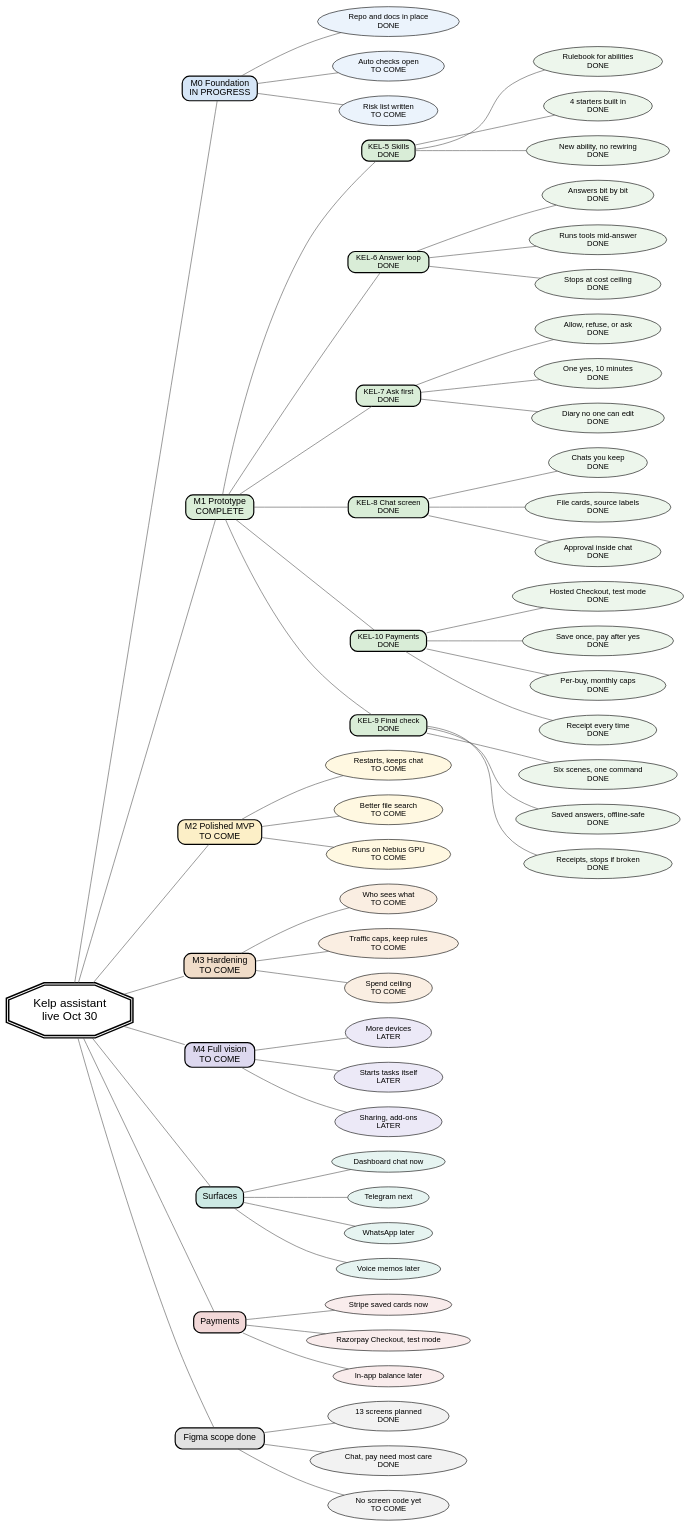
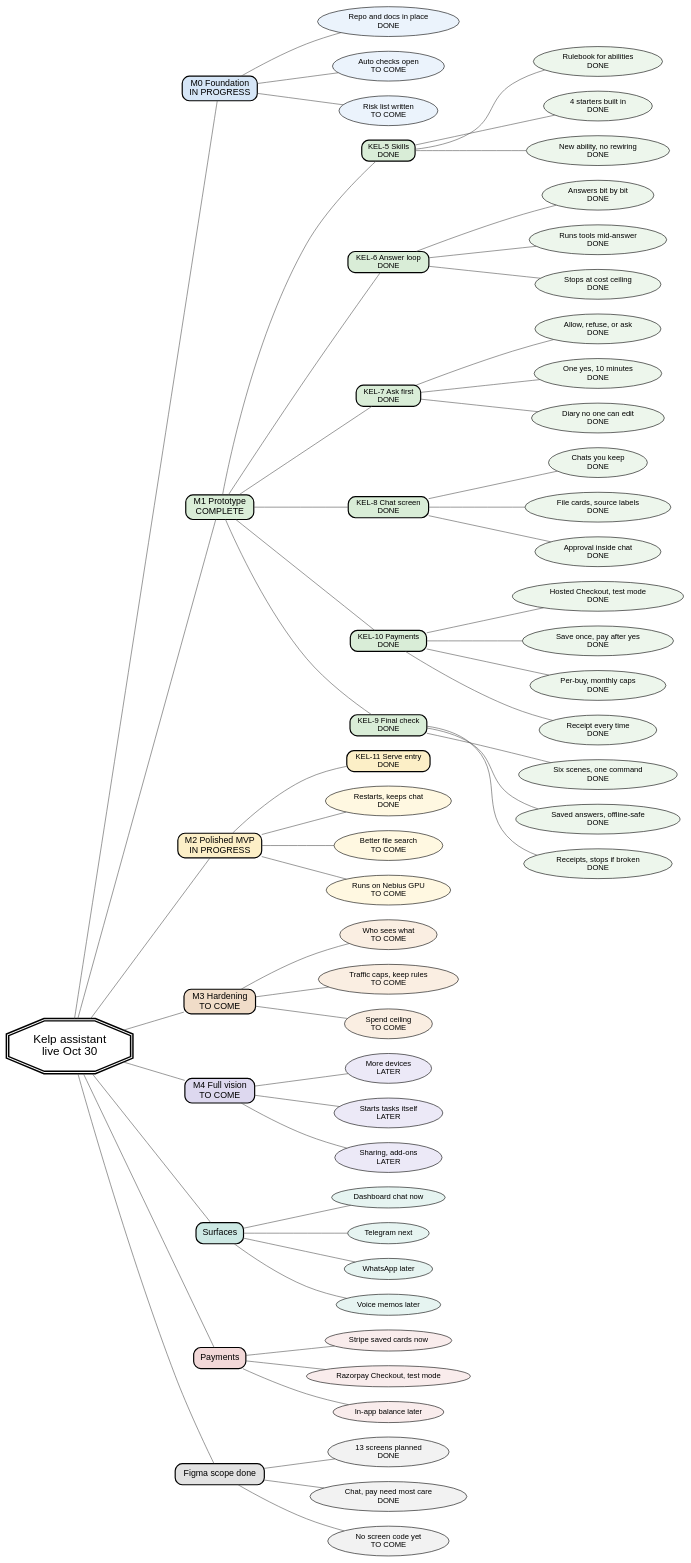
One commit to Anshieee/kelp changed the diagram in docs/sdlc-mindmap.gv. Above: the diagram before and after it, drawn with Graphviz. The commit also changed 4 other files, not shown here.

```diff
--- a/docs/sdlc-mindmap.gv
+++ b/docs/sdlc-mindmap.gv
@@ -1,164 +1,168 @@
 // Kelp assistant SDLC mindmap (KEL-numbered).
 // One central node, one idea per branch, plain words.
 // Render: dot -Tsvg docs/sdlc-mindmap.gv -o docs/sdlc-mindmap.svg
 //         dot -Tpng docs/sdlc-mindmap.gv -o docs/sdlc-mindmap.png
 // Colours: white background, small muted fills per branch, black text.
 // Meaning is carried by words, never by colour alone. No emojis.
 // Status words: DONE, COMPLETE, IN PROGRESS, TO COME, LATER.
 // DONE is a work item finished. COMPLETE is a milestone whose work items are all done.
 // Interactivity: every node has URL (page anchor) + tooltip (one plain line),
 // so dot emits <a href> links and <title> tooltips in the SVG.
 digraph sdlc {
   bgcolor="white";
   rankdir="LR";
   splines="true";
   overlap="false";
   nodesep="0.35";
   ranksep="1.0";
   node [fontname="Helvetica" fontsize="13" color="black" fontcolor="black" fillcolor="white" style="filled,rounded"];
   edge [color="#555555" arrowhead="none"];
 
   // Central node
   center [label="Kelp assistant\nlive Oct 30" shape="doubleoctagon" style="filled,bold" fontsize="20" penwidth="2.5" width="2.3" height="1.2" fillcolor="white" URL="#top" tooltip="Private assistant you talk to from a dashboard. Target live Oct 30."];
 
   // Main branches
   m0   [label="M0 Foundation\nIN PROGRESS" shape="box" style="filled,bold,rounded" fontsize="15" penwidth="2" fillcolor="#D6E6F7" URL="#m0" tooltip="Stage 0: shared code, docs, checks, risk list. In progress."];
   m1   [label="M1 Prototype\nCOMPLETE" shape="box" style="filled,bold,rounded" fontsize="15" penwidth="2" fillcolor="#D9EDD7" URL="#m1" tooltip="Stage 1: ask, answer, approve, pay, demo. Every work item done."];
-  m2   [label="M2 Polished MVP\nTO COME" shape="box" style="filled,bold,rounded" fontsize="15" penwidth="2" fillcolor="#FCEFC7" URL="#m2" tooltip="Stage 2: survives ordinary use. Agreed, not started."];
+  m2   [label="M2 Polished MVP\nIN PROGRESS" shape="box" style="filled,bold,rounded" fontsize="15" penwidth="2" fillcolor="#FCEFC7" URL="#m2" tooltip="Stage 2: survives ordinary use. Started: serve entry, health, restart recovery."];
   m3   [label="M3 Hardening\nTO COME" shape="box" style="filled,bold,rounded" fontsize="15" penwidth="2" fillcolor="#F0DCC8" URL="#m3" tooltip="Stage 3: privacy and cost promises hold. Agreed, not started."];
   m4   [label="M4 Full vision\nTO COME" shape="box" style="filled,bold,rounded" fontsize="15" penwidth="2" fillcolor="#DDD8EF" URL="#m4" tooltip="Stage 4: more devices and sharing. Direction, not a deadline."];
   surf [label="Surfaces" shape="box" style="filled,bold,rounded" fontsize="15" penwidth="2" fillcolor="#CDE9E4" URL="#surfaces" tooltip="Where you talk to the assistant: screen now, phone apps later."];
   pay  [label="Payments" shape="box" style="filled,bold,rounded" fontsize="15" penwidth="2" fillcolor="#F2D8D8" URL="#payments" tooltip="How money moves: Stripe saved cards and Razorpay Checkout, both merged and closed out. Balance later."];
   fig  [label="Figma scope done" shape="box" style="filled,bold,rounded" fontsize="15" penwidth="2" fillcolor="#E2E2E2" URL="#figma" tooltip="Screen plan is written. Drawing file is next, no code yet."];
 
   center -> m0;
   center -> m1;
   center -> m2;
   center -> m3;
   center -> m4;
   center -> surf;
   center -> pay;
   center -> fig;
 
   // M0 Foundation leaves (soft blue family)
   m0_repo   [label="Repo and docs in place\nDONE" fillcolor="#EBF3FC" URL="#m0" tooltip="Shared code copy plus docs live. Finished."];
   m0_checks [label="Auto checks open\nTO COME" fillcolor="#EBF3FC" URL="#m0" tooltip="Tests that run on every change. Not started."];
   m0_risks  [label="Risk list written\nTO COME" fillcolor="#EBF3FC" URL="#m0" tooltip="Written list of what could go wrong. Not started."];
   m0 -> m0_repo;
   m0 -> m0_checks;
   m0 -> m0_risks;
 
   // M1 holds the six KEL work items (soft green family)
   k5  [label="KEL-5 Skills\nDONE" shape="box" style="filled,bold,rounded" fillcolor="#D9EDD7" URL="#kel-5" tooltip="Rulebook every new ability follows. Finished."];
   k6  [label="KEL-6 Answer loop\nDONE" shape="box" style="filled,bold,rounded" fillcolor="#D9EDD7" URL="#kel-6" tooltip="Engine: reads, thinks, answers bit by bit. Merged and reviewed."];
   k7  [label="KEL-7 Ask first\nDONE" shape="box" style="filled,bold,rounded" fillcolor="#D9EDD7" URL="#kel-7" tooltip="Checkpoint that asks you before acting. Merged and reviewed."];
   k8  [label="KEL-8 Chat screen\nDONE" shape="box" style="filled,bold,rounded" fillcolor="#D9EDD7" URL="#kel-8" tooltip="Main screen you talk through. Surface merged to main; the browser screen is next."];
   k10 [label="KEL-10 Payments\nDONE" shape="box" style="filled,bold,rounded" fillcolor="#D9EDD7" URL="#kel-10" tooltip="Pay with a saved card or hosted Checkout after you say yes. Merged and closed out on owner confirmation."];
   k9  [label="KEL-9 Final check\nDONE" shape="box" style="filled,bold,rounded" fillcolor="#D9EDD7" URL="#kel-9" tooltip="Six-scene demo that proves it works. Merged and reviewed."];
   m1 -> k5;
   m1 -> k6;
   m1 -> k7;
   m1 -> k8;
   m1 -> k10;
   m1 -> k9;
 
   // KEL-5 leaves: what it is + why it matters
   k5_rule [label="Rulebook for abilities\nDONE" fillcolor="#EDF6EC" URL="#kel-5" tooltip="What each tool takes in, gives back, may touch. Finished."];
   k5_four [label="4 starters built in\nDONE" fillcolor="#EDF6EC" URL="#kel-5" tooltip="Web search, GitHub read, file answers, scheduler. Finished."];
   k5_add  [label="New ability, no rewiring\nDONE" fillcolor="#EDF6EC" URL="#kel-5" tooltip="Adding a tool is a small contained job. Finished."];
   k5 -> k5_rule;
   k5 -> k5_four;
   k5 -> k5_add;
 
   // KEL-6 leaves
   k6_stream [label="Answers bit by bit\nDONE" fillcolor="#EDF6EC" URL="#kel-6" tooltip="Words appear as they arrive. Merged and reviewed."];
   k6_tools  [label="Runs tools mid-answer\nDONE" fillcolor="#EDF6EC" URL="#kel-6" tooltip="Asks a small program to do one thing, feeds back result. Merged and reviewed."];
   k6_cap    [label="Stops at cost ceiling\nDONE" fillcolor="#EDF6EC" URL="#kel-6" tooltip="Hard limit on steps and length, tallies price. Merged and reviewed."];
   k6 -> k6_stream;
   k6 -> k6_tools;
   k6 -> k6_cap;
 
   // KEL-7 leaves
   k7_ask   [label="Allow, refuse, or ask\nDONE" fillcolor="#EDF6EC" URL="#kel-7" tooltip="Nothing changes something without a yes. Merged and reviewed."];
   k7_once  [label="One yes, 10 minutes\nDONE" fillcolor="#EDF6EC" URL="#kel-7" tooltip="Approval names exact action, works once, then expires. Merged and reviewed."];
   k7_diary [label="Diary no one can edit\nDONE" fillcolor="#EDF6EC" URL="#kel-7" tooltip="Every decision logged, keys removed. Merged and reviewed."];
   k7 -> k7_ask;
   k7 -> k7_once;
   k7 -> k7_diary;
 
   // KEL-8 leaves
   k8_chat [label="Chats you keep\nDONE" fillcolor="#EDF6EC" URL="#kel-8" tooltip="Conversations you name and pick up later. Merged to main."];
   k8_cards [label="File cards, source labels\nDONE" fillcolor="#EDF6EC" URL="#kel-8" tooltip="PDF and table previews plus where answers came from. Merged to main."];
   k8_appr [label="Approval inside chat\nDONE" fillcolor="#EDF6EC" URL="#kel-8" tooltip="Yes or no shown in the conversation, over one-time approvals. Merged to main."];
   k8 -> k8_chat;
   k8 -> k8_cards;
   k8 -> k8_appr;
 
   // KEL-10 leaves
   k10_checkout [label="Hosted Checkout, test mode\nDONE" fillcolor="#EDF6EC" URL="#kel-10" tooltip="Order, signature check, settlement, webhook. Merged, reviewed, and closed out."];
   k10_cards [label="Save once, pay after yes\nDONE" fillcolor="#EDF6EC" URL="#kel-10" tooltip="Cards kept by the processor, charged only with approval. Merged and closed out."];
   k10_caps  [label="Per-buy, monthly caps\nDONE" fillcolor="#EDF6EC" URL="#kel-10" tooltip="Spending rules that block over-limit pays. Merged and tested."];
   k10_receipt [label="Receipt every time\nDONE" fillcolor="#EDF6EC" URL="#kel-10" tooltip="What was done, when, and how much. Merged; receipt check rides on the next live run."];
   k10 -> k10_checkout;
   k10 -> k10_cards;
   k10 -> k10_caps;
   k10 -> k10_receipt;
 
   // KEL-9 leaves
   k9_six  [label="Six scenes, one command\nDONE" fillcolor="#EDF6EC" URL="#kel-9" tooltip="Ask, files, GitHub, approve, schedule, restart. Merged to main."];
   k9_saved [label="Saved answers, offline-safe\nDONE" fillcolor="#EDF6EC" URL="#kel-9" tooltip="Make-believe model answers so the run repeats. Merged to main."];
   k9_shots [label="Receipts, stops if broken\nDONE" fillcolor="#EDF6EC" URL="#kel-9" tooltip="A receipt per scene, an error if one fails. Merged to main."];
   k9 -> k9_six;
   k9 -> k9_saved;
   k9 -> k9_shots;
 
+  // M2 work items (KEL-11 onwards; soft amber family)
+  k11 [label="KEL-11 Serve entry\nDONE" shape="box" style="filled,bold,rounded" fillcolor="#FCEFC7" URL="#kel-11" tooltip="One command serves the app: ordered boot, clean shutdown, restart recovery. Merged and reviewed."];
+  m2 -> k11;
+
   // M2 leaves (soft amber family)
-  m2_restart [label="Restarts, keeps chat\nTO COME" fillcolor="#FFF8E1" URL="#m2" tooltip="Picks up after a restart with nothing lost. Not started."];
+  m2_restart [label="Restarts, keeps chat\nDONE" fillcolor="#FFF8E1" URL="#m2" tooltip="Picks up after a restart with nothing lost. Merged and reviewed."];
   m2_search  [label="Better file search\nTO COME" fillcolor="#FFF8E1" URL="#m2" tooltip="Finds the right bit of your documents. Not started."];
   m2_gpu     [label="Runs on Nebius GPU\nTO COME" fillcolor="#FFF8E1" URL="#m2" tooltip="Model served from our fast chip. Not started."];
   m2 -> m2_restart;
   m2 -> m2_search;
   m2 -> m2_gpu;
 
   // M3 leaves (soft peach family)
   m3_who  [label="Who sees what\nTO COME" fillcolor="#FAEEE2" URL="#m3" tooltip="Privacy rules plus keys kept apart. Not started."];
   m3_rate [label="Traffic caps, keep rules\nTO COME" fillcolor="#FAEEE2" URL="#m3" tooltip="Limits on use and how long data stays. Not started."];
   m3_cost [label="Spend ceiling\nTO COME" fillcolor="#FAEEE2" URL="#m3" tooltip="Ceiling on model cost per turn and month. Not started."];
   m3 -> m3_who;
   m3 -> m3_rate;
   m3 -> m3_cost;
 
   // M4 leaves (soft lavender family)
   m4_dev  [label="More devices\nLATER" fillcolor="#ECE9F7" URL="#m4" tooltip="Same assistant in more places. Later."];
   m4_self [label="Starts tasks itself\nLATER" fillcolor="#ECE9F7" URL="#m4" tooltip="Work the assistant begins on its own. Later."];
   m4_team [label="Sharing, add-ons\nLATER" fillcolor="#ECE9F7" URL="#m4" tooltip="Team use plus abilities added by others. Later."];
   m4 -> m4_dev;
   m4 -> m4_self;
   m4 -> m4_team;
 
   // Surfaces leaves (soft teal family)
   s_dash [label="Dashboard chat now" fillcolor="#E6F4F1" URL="#surfaces" tooltip="Main screen in the browser. Built first."];
   s_tg   [label="Telegram next" fillcolor="#E6F4F1" URL="#surfaces" tooltip="Mirror of the same assistant, same rules. Next."];
   s_wa   [label="WhatsApp later" fillcolor="#E6F4F1" URL="#surfaces" tooltip="Not in this round. Later."];
   s_voice [label="Voice memos later" fillcolor="#E6F4F1" URL="#surfaces" tooltip="No recording or listening work yet. Later."];
   surf -> s_dash;
   surf -> s_tg;
   surf -> s_wa;
   surf -> s_voice;
 
   // Payments leaves (soft rose family)
   p_stripe [label="Stripe saved cards now" fillcolor="#F9ECEC" URL="#payments" tooltip="Save once, pay after approval, receipt each time. Merged and closed out."];
   p_razor  [label="Razorpay Checkout, test mode" fillcolor="#F9ECEC" URL="#payments" tooltip="Hosted Checkout plus a saved-card gateway. Merged, reviewed, and closed out on owner confirmation."];
   p_bal    [label="In-app balance later" fillcolor="#F9ECEC" URL="#payments" tooltip="Topping up and ledger wait. Later."];
   pay -> p_stripe;
   pay -> p_razor;
   pay -> p_bal;
 
   // Figma leaves (soft grey family)
   f_plan [label="13 screens planned\nDONE" fillcolor="#F2F2F2" URL="#figma" tooltip="Thirteen screens, three flows, four states each. Finished."];
   f_flows [label="Chat, pay need most care\nDONE" fillcolor="#F2F2F2" URL="#figma" tooltip="Money screens get big numbers and plain words. Finished."];
   f_code [label="No screen code yet\nTO COME" fillcolor="#F2F2F2" URL="#figma" tooltip="Drawing file next, then code. Not started."];
   fig -> f_plan;
   fig -> f_flows;
   fig -> f_code;
 }
```
